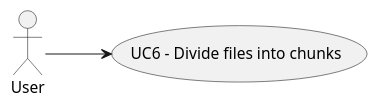
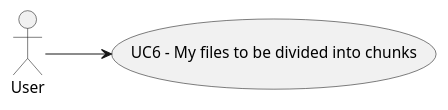
The diagram in docs/Global_Artifacts/Design/Level1/Uc_Folder/UC06/UC06.puml (joaotorres28/ParticularProject), drawn with PlantUML before and after one commit. The commit also changed 25 other files, not shown here.

```diff
--- a/docs/Global_Artifacts/Design/Level1/Uc_Folder/UC06/UC06.puml
+++ b/docs/Global_Artifacts/Design/Level1/Uc_Folder/UC06/UC06.puml
@@ -1,9 +1,9 @@
 @startuml
 
 left to right direction
 actor User
 
-usecase UC6 as "UC6 - Divide files into chunks"
+usecase UC6 as "UC6 - My files to be divided into chunks"
 User --> UC6
 
 @enduml
```
